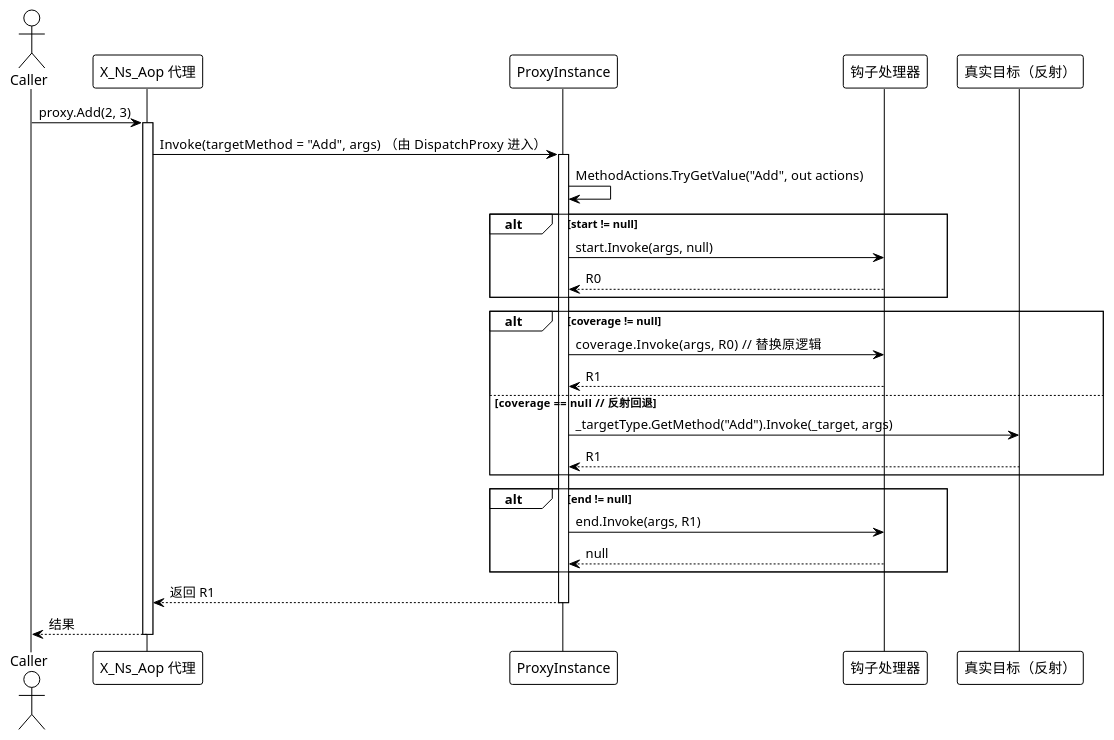
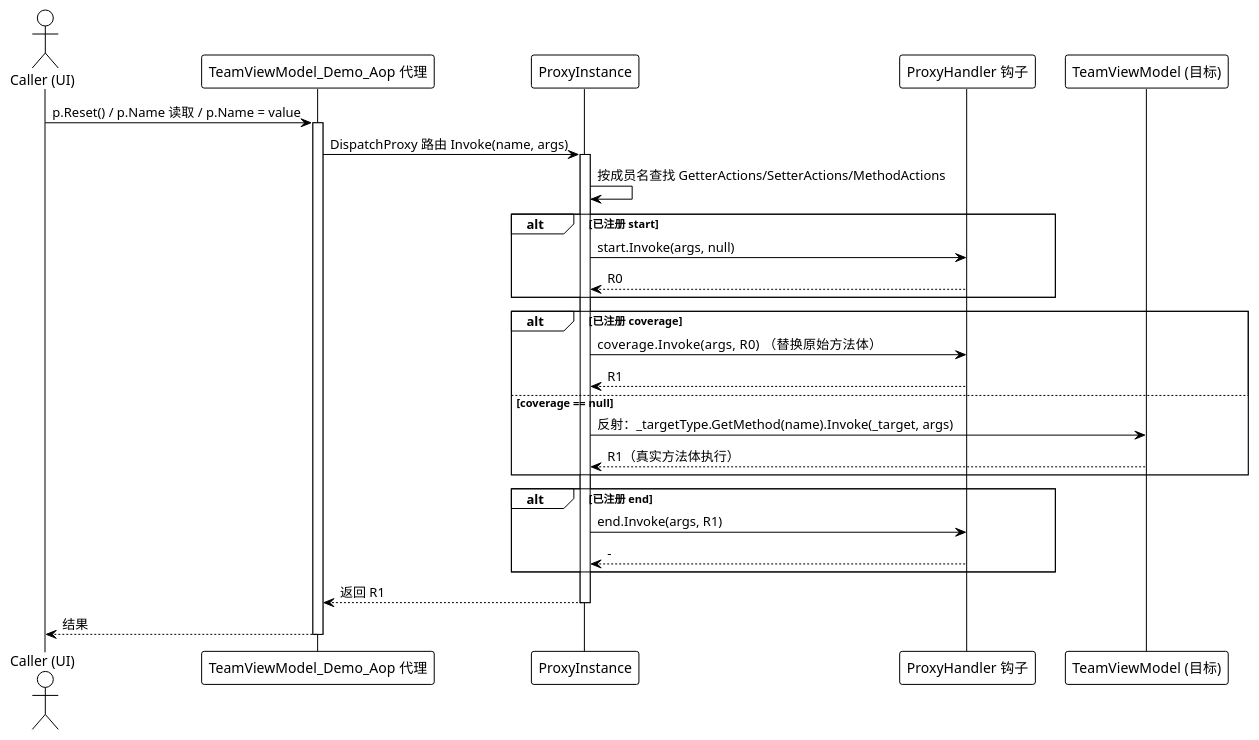
One commit to Axvser/VeloxDev.Docs changed the second of 2 diagrams in src/CloudGlyph/Assets/Docs/content/zh/3_SE分析/03_数据流分析/05_AOP/index.md. Above: the diagram before and after it, drawn with PlantUML. The commit also changed other lines of this file and 443 other files, not shown here.

````diff
--- a/src/CloudGlyph/Assets/Docs/content/zh/3_SE分析/03_数据流分析/05_AOP/index.md
+++ b/src/CloudGlyph/Assets/Docs/content/zh/3_SE分析/03_数据流分析/05_AOP/index.md
@@ -58,37 +66,42 @@
 ```plantuml
 @startuml
 !theme plain
 
-actor Caller as C
-participant "X_Ns_Aop 代理" as P
+actor "Caller (UI)" as C
+participant "TeamViewModel_Demo_Aop 代理" as P
 participant "ProxyInstance" as PI
-participant "钩子处理器" as H
-participant "真实目标（反射）" as T
+participant "ProxyHandler 钩子" as H
+participant "TeamViewModel (目标)" as T
 
-C -> P: proxy.Add(2, 3)
+C -> P: p.Reset() / p.Name 读取 / p.Name = value
 activate P
-P -> PI: Invoke(targetMethod = "Add", args)   （由 DispatchProxy 进入）
+P -> PI: DispatchProxy 路由 Invoke(name, args)
 activate PI
-PI -> PI: MethodActions.TryGetValue("Add", out actions)
-alt start != null
+
+PI -> PI: 按成员名查找 GetterActions/SetterActions/MethodActions
+
+alt 已注册 start
     PI -> H: start.Invoke(args, null)
     H --> PI: R0
 end
-alt coverage != null
-    PI -> H: coverage.Invoke(args, R0)   // 替换原逻辑
+
+alt 已注册 coverage
+    PI -> H: coverage.Invoke(args, R0)   （替换原始方法体）
     H --> PI: R1
-else coverage == null   // 反射回退
-    PI -> T: _targetType.GetMethod("Add").Invoke(_target, args)
-    T --> PI: R1
+else coverage == null
+    PI -> T: 反射：_targetType.GetMethod(name).Invoke(_target, args)
+    T --> PI: R1（真实方法体执行）
 end
-alt end != null
+
+alt 已注册 end
     PI -> H: end.Invoke(args, R1)
-    H --> PI: null
+    H --> PI: -
 end
+
 PI --> P: 返回 R1
 deactivate PI
 P --> C: 结果
 deactivate P
 
 @enduml
 ```
````
